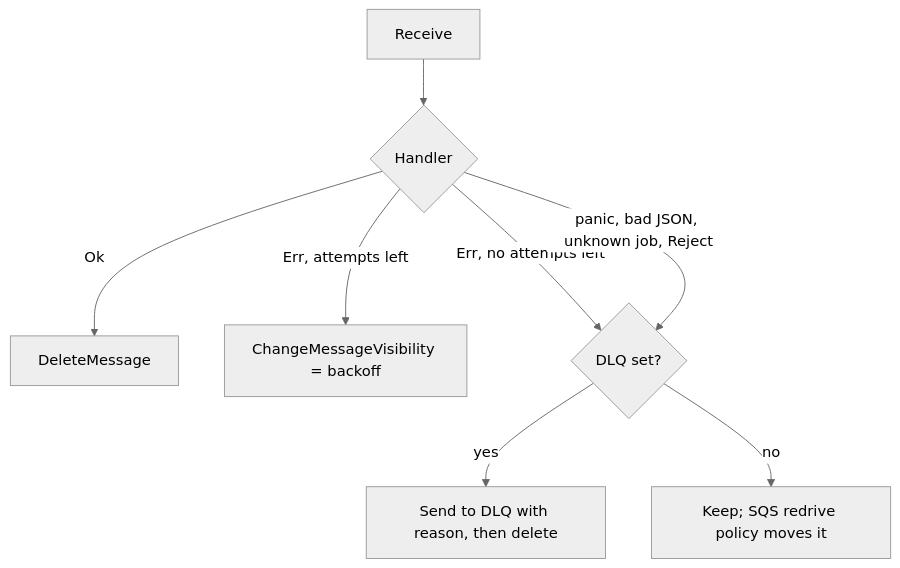
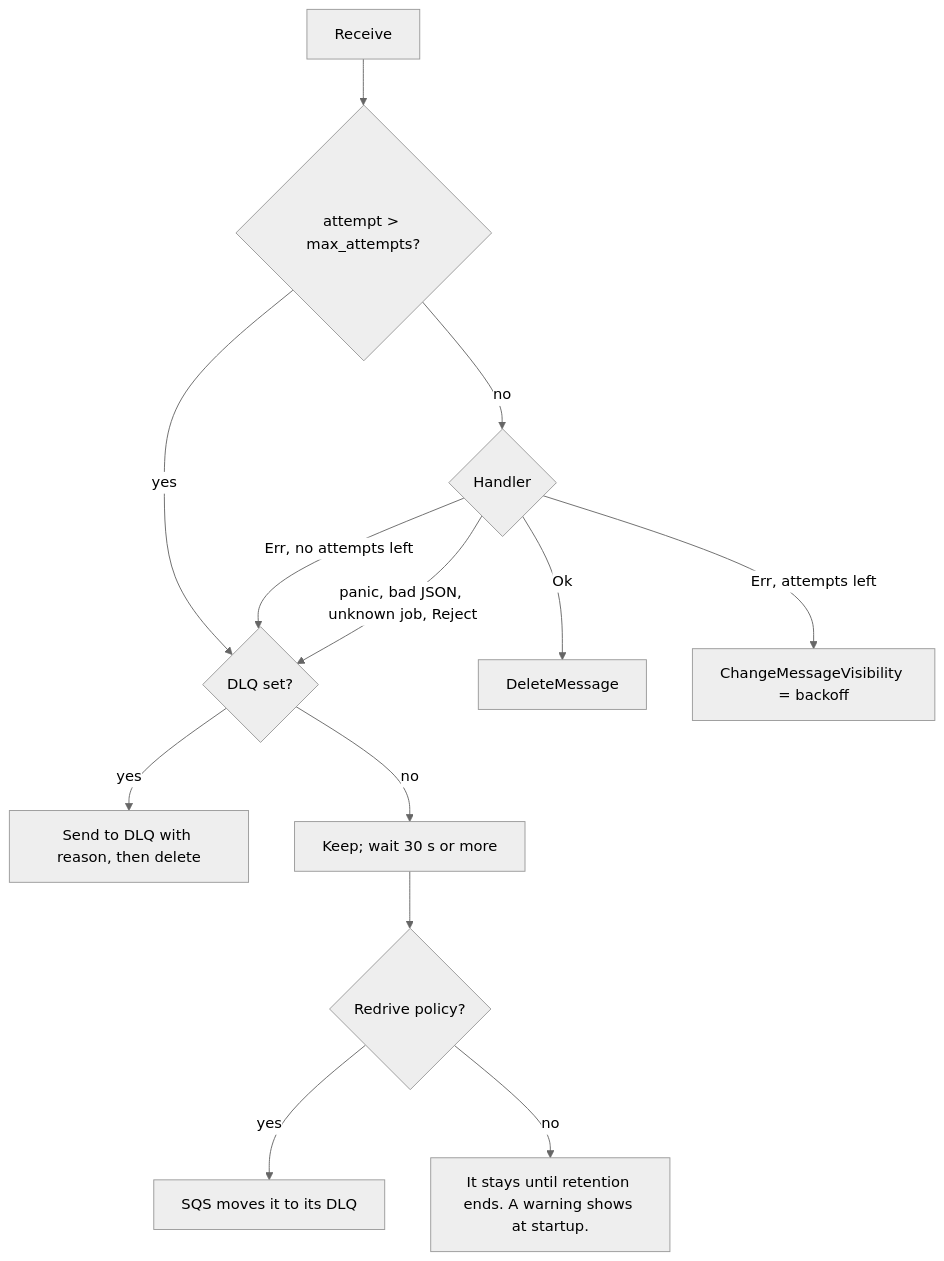
Before and after one commit to autumn-foundation/autumn-plugin-aws-sqs: the diagram in README.md, drawn with Mermaid (neutral theme). The commit also changed other lines of this file and 27 other files, not shown here.

````diff
--- a/README.md
+++ b/README.md
@@ -101,10 +108,15 @@
 ```mermaid
 flowchart TD
-  R[Receive] --> H{Handler}
+  R[Receive] --> P{attempt > max_attempts?}
+  P -->|yes| X
+  P -->|no| H{Handler}
   H -->|Ok| D[DeleteMessage]
   H -->|Err, attempts left| V[ChangeMessageVisibility = backoff]
   H -->|Err, no attempts left| X{DLQ set?}
   H -->|panic, bad JSON, unknown job, Reject| X
   X -->|yes| S[Send to DLQ with reason, then delete]
-  X -->|no| K[Keep; SQS redrive policy moves it]
+  X -->|no| K[Keep; wait 30 s or more]
+  K --> Q{Redrive policy?}
+  Q -->|yes| M[SQS moves it to its DLQ]
+  Q -->|no| F[It stays until retention ends. A warning shows at startup.]
 ```
````
